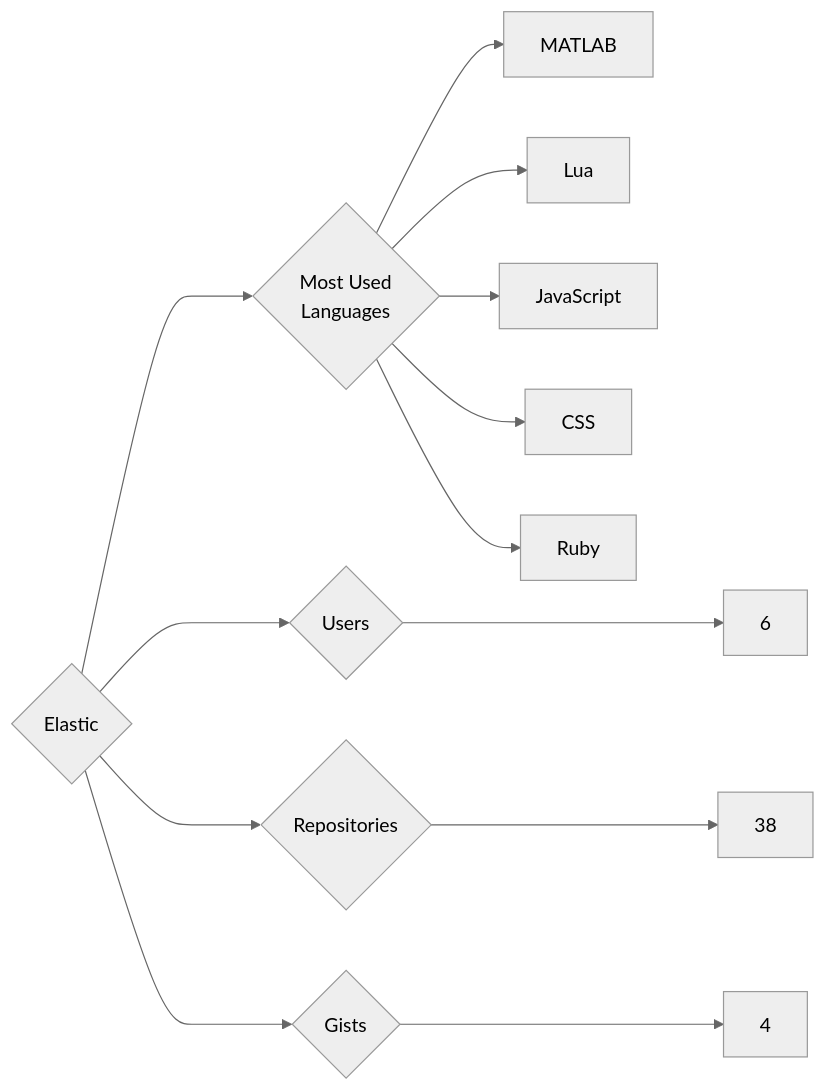
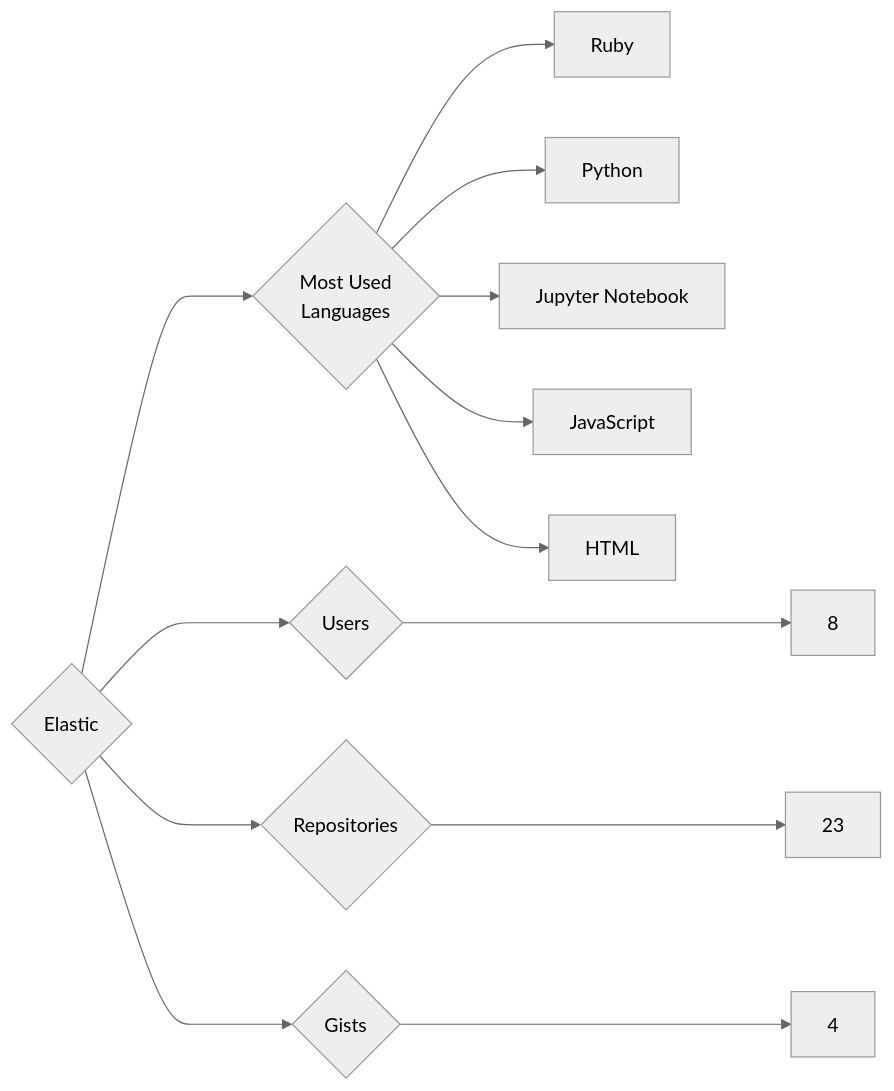
One commit to trickest/insiders changed the diagram in targets/Elastic/README.md. Above: the diagram before and after it, drawn with Mermaid (neutral theme). The commit also changed 1141 other files, not shown here.

````diff
--- a/targets/Elastic/README.md
+++ b/targets/Elastic/README.md
@@ -3,13 +3,13 @@
 ```mermaid
 graph LR
 COMPANY_NAME{Elastic}
-COMPANY_NAME ---> U{Users} ---> UN[6]
-COMPANY_NAME ---> R{Repositories} ---> RN[38]
+COMPANY_NAME ---> U{Users} ---> UN[8]
+COMPANY_NAME ---> R{Repositories} ---> RN[23]
 COMPANY_NAME ---> G{Gists} ---> GN[4]
 COMPANY_NAME ---> ML{Most Used<br>Languages}
-ML --> MATLAB[MATLAB]
-ML --> Lua[Lua]
+ML --> Ruby[Ruby]
+ML --> Python[Python]
+ML --> Jupyter_Notebook[Jupyter Notebook]
 ML --> JavaScript[JavaScript]
-ML --> CSS[CSS]
-ML --> Ruby[Ruby]
+ML --> HTML[HTML]
 ```
````
